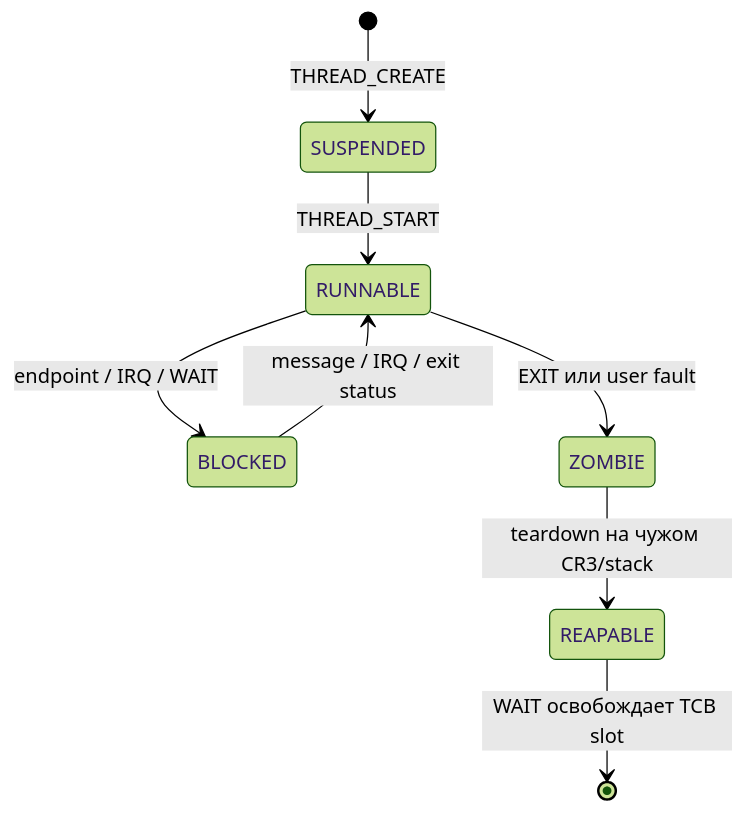
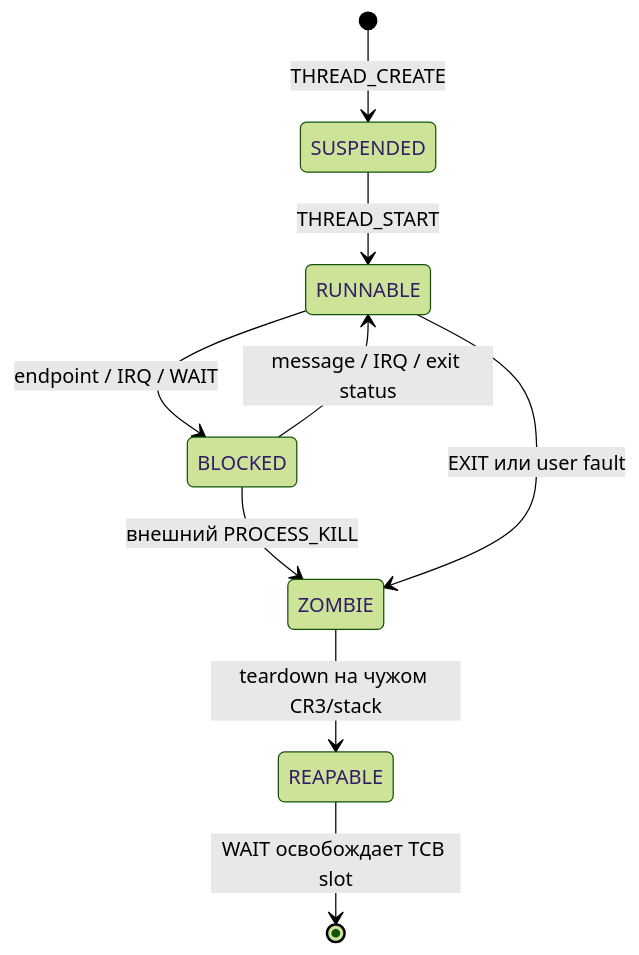
Before and after one commit to VladimirKraswov/varania-os: the second of 2 diagrams in docs/ARCHITECTURE.md, drawn with Mermaid (forest theme). The commit also changed other lines of this file and 31 other files, not shown here.

````diff
--- a/docs/ARCHITECTURE.md
+++ b/docs/ARCHITECTURE.md
@@ -137,10 +170,11 @@
 ```mermaid
 stateDiagram-v2
     [*] --> SUSPENDED: THREAD_CREATE
     SUSPENDED --> RUNNABLE: THREAD_START
     RUNNABLE --> BLOCKED: endpoint / IRQ / WAIT
     BLOCKED --> RUNNABLE: message / IRQ / exit status
+    BLOCKED --> ZOMBIE: внешний PROCESS_KILL
     RUNNABLE --> ZOMBIE: EXIT или user fault
     ZOMBIE --> REAPABLE: teardown на чужом CR3/stack
     REAPABLE --> [*]: WAIT освобождает TCB slot
 ```
````
